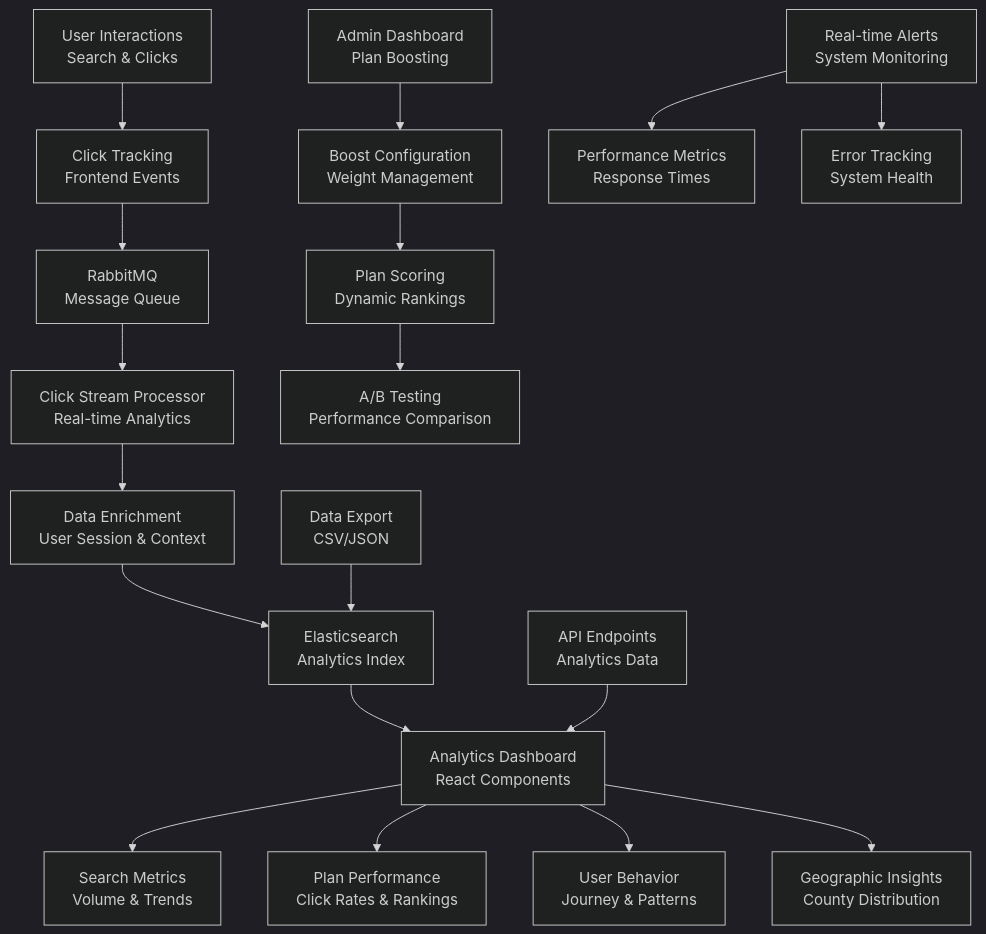
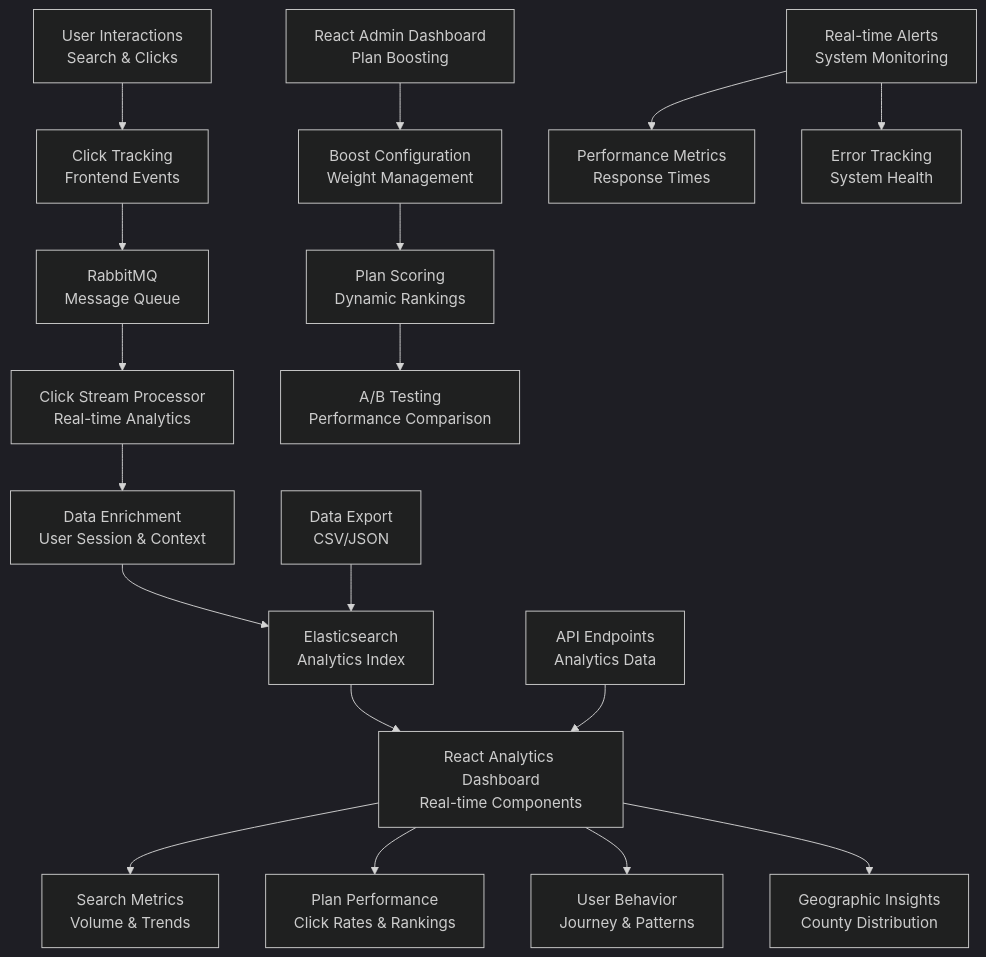
One commit to bommas/ambetter-project changed the sixth of 6 diagrams in PROJECT_REQUIREMENTS.md. Above: the diagram before and after it, drawn with Mermaid (dark theme). The commit also changed other lines of this file and 1 other file, not shown here.

First line of the commit message:
Ensure all references consistently specify React technology

````diff
--- a/PROJECT_REQUIREMENTS.md
+++ b/PROJECT_REQUIREMENTS.md
@@ -264,25 +264,25 @@
 ```mermaid
 graph TB
     A[User Interactions<br/>Search & Clicks] --> B[Click Tracking<br/>Frontend Events]
     B --> C[RabbitMQ<br/>Message Queue]
     
     C --> D[Click Stream Processor<br/>Real-time Analytics]
     D --> E[Data Enrichment<br/>User Session & Context]
     E --> F[Elasticsearch<br/>Analytics Index]
     
-    F --> G[Analytics Dashboard<br/>React Components]
+    F --> G[React Analytics Dashboard<br/>Real-time Components]
     G --> H[Search Metrics<br/>Volume & Trends]
     G --> I[Plan Performance<br/>Click Rates & Rankings]
     G --> J[User Behavior<br/>Journey & Patterns]
     G --> K[Geographic Insights<br/>County Distribution]
     
-    L[Admin Dashboard<br/>Plan Boosting] --> M[Boost Configuration<br/>Weight Management]
+    L[React Admin Dashboard<br/>Plan Boosting] --> M[Boost Configuration<br/>Weight Management]
     M --> N[Plan Scoring<br/>Dynamic Rankings]
     N --> O[A/B Testing<br/>Performance Comparison]
     
     P[Real-time Alerts<br/>System Monitoring] --> Q[Performance Metrics<br/>Response Times]
     P --> R[Error Tracking<br/>System Health]
     
     S[Data Export<br/>CSV/JSON] --> F
     T[API Endpoints<br/>Analytics Data] --> G
 ```
````
